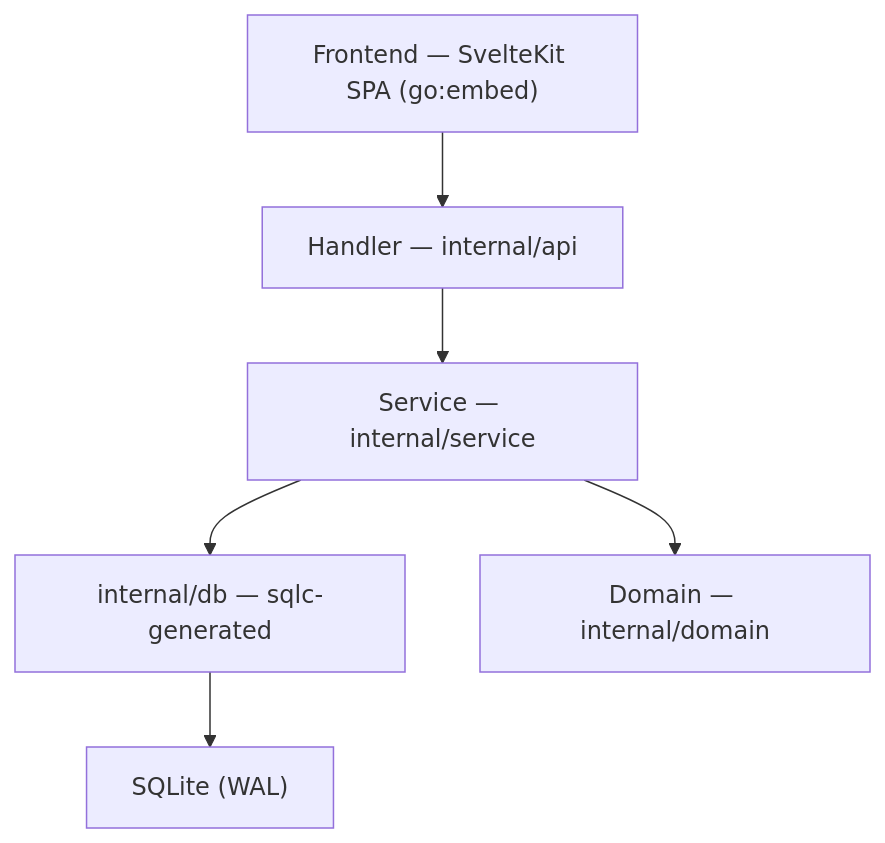
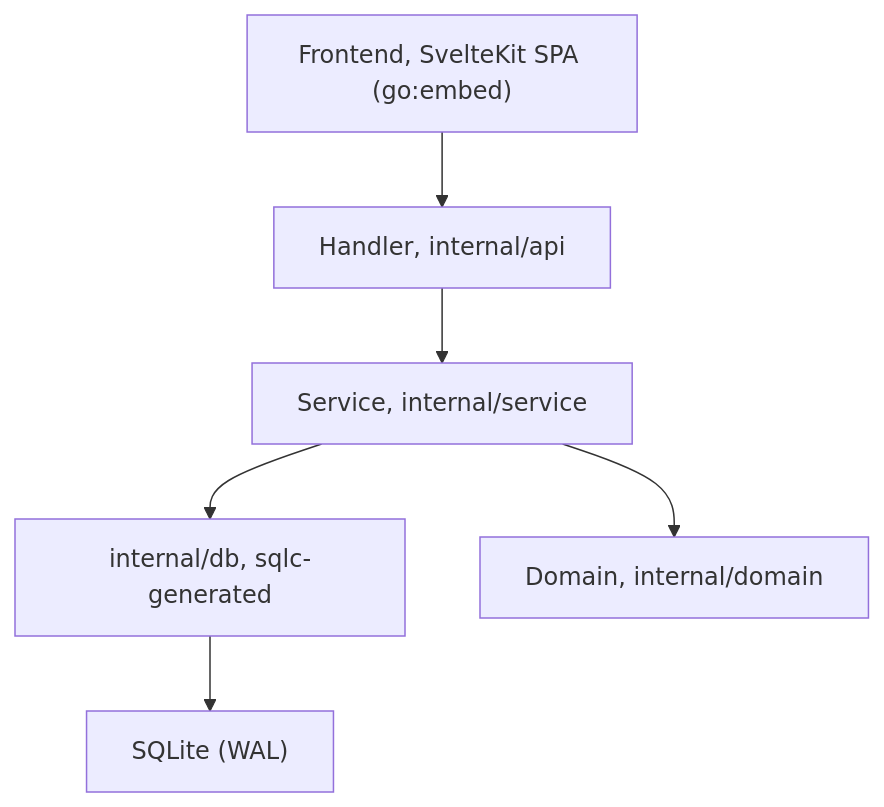
One commit to Mi-Bee-Studio/MiBeeSteward changed the second of 4 diagrams in docs/en/architecture.md. Above: the diagram before and after it, drawn with Mermaid. The commit also changed other lines of this file and 52 other files, not shown here.

````diff
--- a/docs/en/architecture.md
+++ b/docs/en/architecture.md
@@ -20,14 +20,14 @@
 ```mermaid
 flowchart TB
-    Frontend["Frontend — SvelteKit SPA (go:embed)"]
-    Handler["Handler — internal/api"]
-    Service["Service — internal/service"]
-    SQLC["internal/db — sqlc-generated"]
-    Domain["Domain — internal/domain"]
+    Frontend["Frontend, SvelteKit SPA (go:embed)"]
+    Handler["Handler, internal/api"]
+    Service["Service, internal/service"]
+    SQLC["internal/db, sqlc-generated"]
+    Domain["Domain, internal/domain"]
     SQLite["SQLite (WAL)"]
     Frontend --> Handler
     Handler --> Service
     Service --> SQLC
     Service --> Domain
     SQLC --> SQLite
 ```
````
